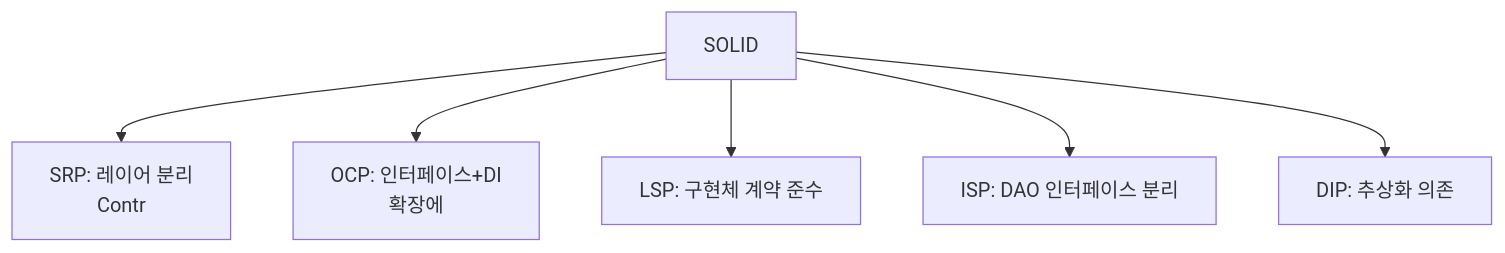
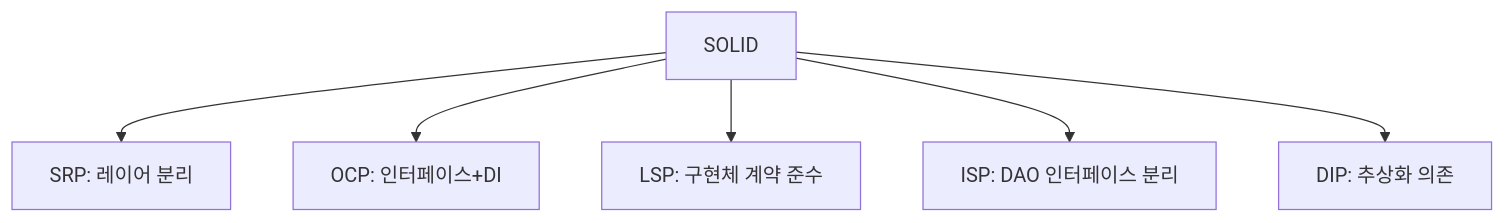
Before and after one commit to yjkim2015/yjkim2015.github.io: the sixth of 7 diagrams in _posts/spring/2026-05-02-spring6-principles.md, drawn with Mermaid. The commit also changed other lines of this file and 217 other files, not shown here.

First line of the commit message:
Mermaid 크기 수정: useMaxWidth:true + SVG max-width:100% + 라벨 축소

````diff
--- a/_posts/spring/2026-05-02-spring6-principles.md
+++ b/_posts/spring/2026-05-02-spring6-principles.md
@@ -443,8 +443,8 @@
 ```mermaid
 graph TD
-    A[SOLID] --> B["SRP: 레이어 분리\nContr"]
-    A --> C["OCP: 인터페이스+DI\n확장에"]
+    A[SOLID] --> B["SRP: 레이어 분리"]
+    A --> C["OCP: 인터페이스+DI"]
     A --> D["LSP: 구현체 계약 준수"]
     A --> E["ISP: DAO 인터페이스 분리"]
     A --> F["DIP: 추상화 의존"]
 ```
````
